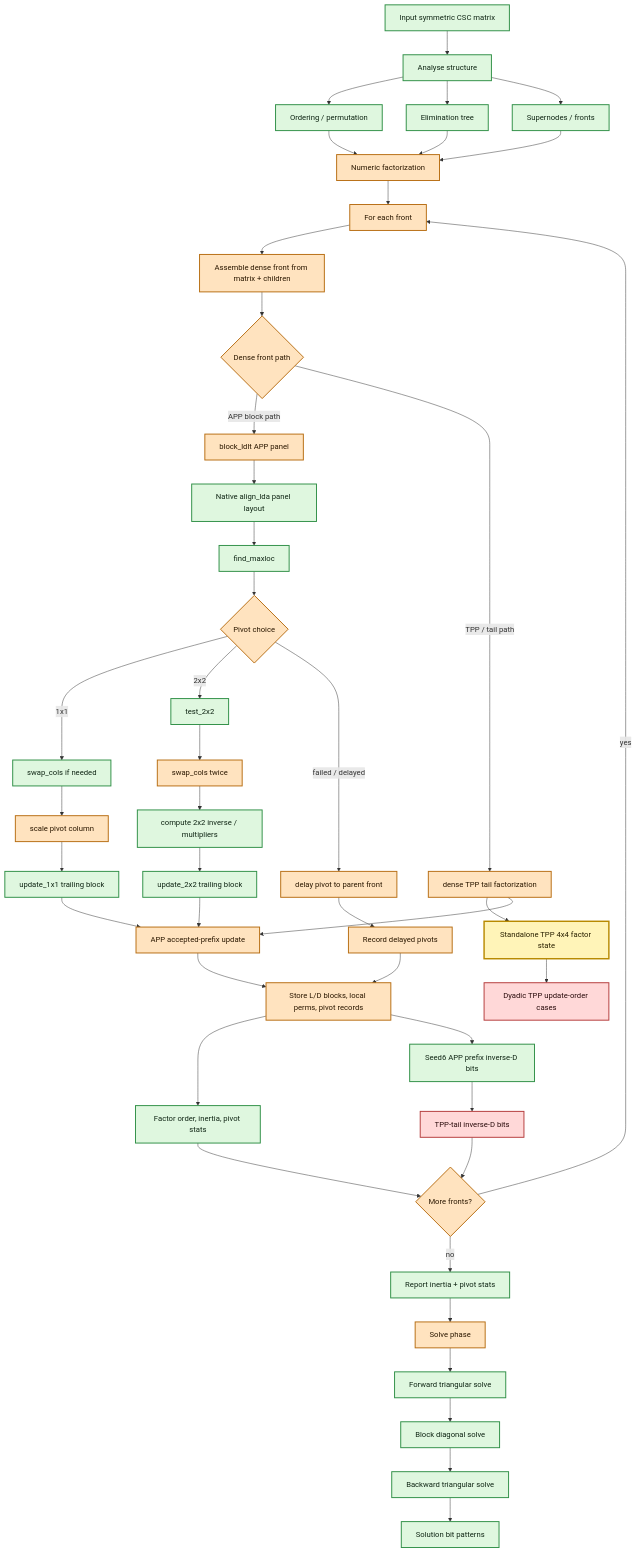
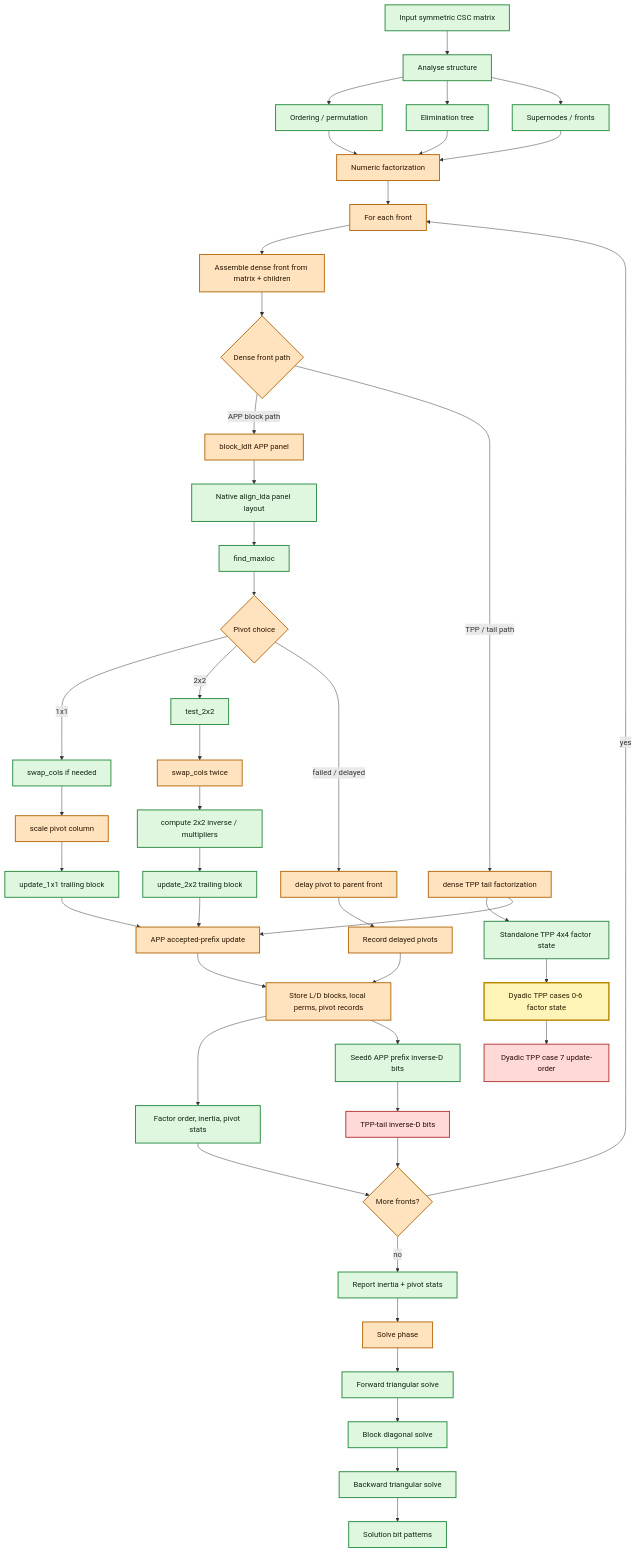
The diagram in docs/spral-ssids-parity-flow.md (ghorn/optivibre), drawn with Mermaid before and after one commit. The commit also changed other lines of this file and 1 other file, not shown here.

Commit message:
Match SPRAL TPP update bounds

````diff
--- a/docs/spral-ssids-parity-flow.md
+++ b/docs/spral-ssids-parity-flow.md
@@ -16,65 +17,66 @@
 ```mermaid
 flowchart TD
     A["Input symmetric CSC matrix"] --> B["Analyse structure"]
     B --> B1["Ordering / permutation"]
     B --> B2["Elimination tree"]
     B --> B3["Supernodes / fronts"]
 
     B1 --> C["Numeric factorization"]
     B2 --> C
     B3 --> C
 
     C --> D["For each front"]
     D --> E["Assemble dense front from matrix + children"]
     E --> F{"Dense front path"}
 
     F -->|"APP block path"| G["block_ldlt APP panel"]
     F -->|"TPP / tail path"| H["dense TPP tail factorization"]
     H --> H1["Standalone TPP 4x4 factor state"]
-    H1 --> H2["Dyadic TPP update-order cases"]
+    H1 --> H2["Dyadic TPP cases 0-6 factor state"]
+    H2 --> H3["Dyadic TPP case 7 update-order"]
 
     G --> G0["Native align_lda panel layout"]
     G0 --> G1["find_maxloc"]
     G1 --> G2{"Pivot choice"}
     G2 -->|"1x1"| G3["swap_cols if needed"]
     G3 --> G4["scale pivot column"]
     G4 --> G5["update_1x1 trailing block"]
 
     G2 -->|"2x2"| G6["test_2x2"]
     G6 --> G7["swap_cols twice"]
     G7 --> G8["compute 2x2 inverse / multipliers"]
     G8 --> G9["update_2x2 trailing block"]
 
     G2 -->|"failed / delayed"| G10["delay pivot to parent front"]
 
     G5 --> I["APP accepted-prefix update"]
     G9 --> I
     G10 --> J["Record delayed pivots"]
     H --> I
 
     I --> K["Store L/D blocks, local perms, pivot records"]
     K --> K1["Factor order, inertia, pivot stats"]
     K --> K2["Seed6 APP prefix inverse-D bits"]
     K2 --> K3["TPP-tail inverse-D bits"]
     J --> K
     K1 --> L{"More fronts?"}
     K3 --> L
     L -->|"yes"| D
     L -->|"no"| M["Report inertia + pivot stats"]
 
     M --> N["Solve phase"]
     N --> O["Forward triangular solve"]
     O --> P["Block diagonal solve"]
     P --> Q["Backward triangular solve"]
     Q --> R["Solution bit patterns"]
 
     classDef match fill:#dff7df,stroke:#2f8f46,color:#102615,stroke-width:2px;
     classDef newly fill:#fff4b8,stroke:#b88a00,color:#2a2100,stroke-width:3px;
     classDef partial fill:#ffe3bf,stroke:#b76d12,color:#2b1800,stroke-width:2px;
     classDef open fill:#ffd8d8,stroke:#b43b3b,color:#2b0d0d,stroke-width:2px;
 
-    class A,B,B1,B2,B3,G0,G1,G3,G5,G6,G8,G9,K1,K2,M,O,P,Q,R match;
-    class H1 newly;
+    class A,B,B1,B2,B3,G0,G1,G3,G5,G6,G8,G9,H1,K1,K2,M,O,P,Q,R match;
+    class H2 newly;
     class C,D,E,F,G,G2,G4,G7,G10,H,I,J,K,L,N partial;
-    class H2,K3 open;
+    class H3,K3 open;
 ```
````
